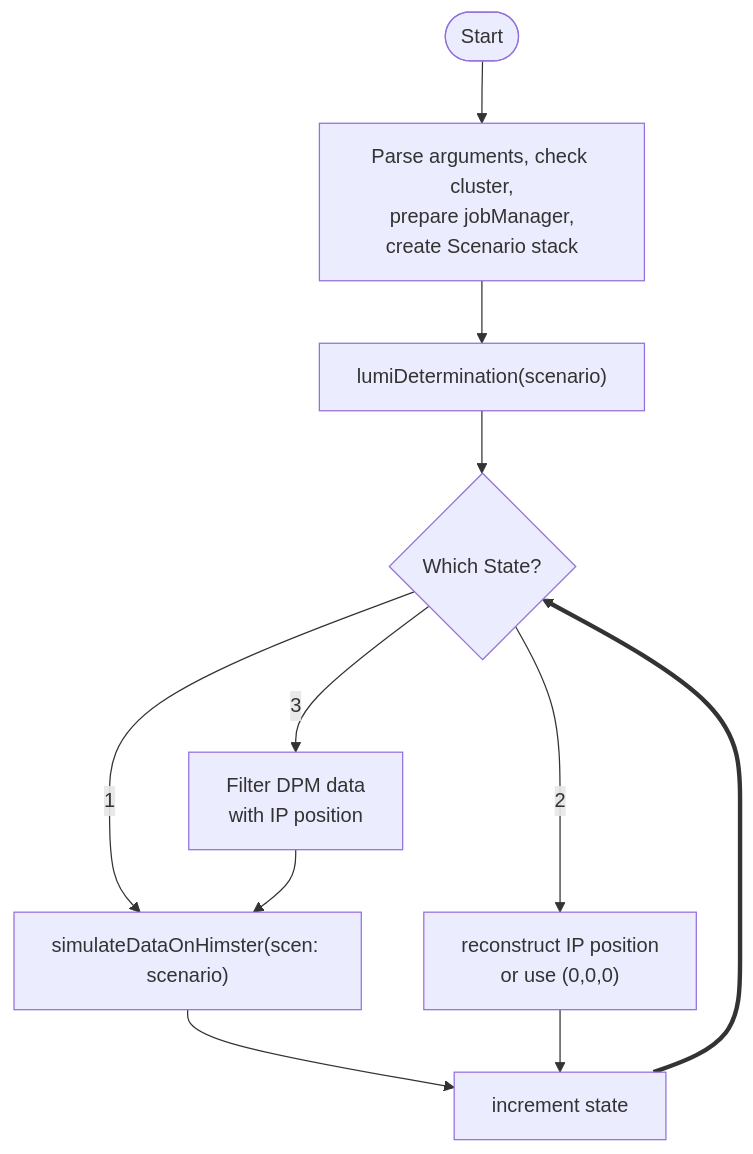
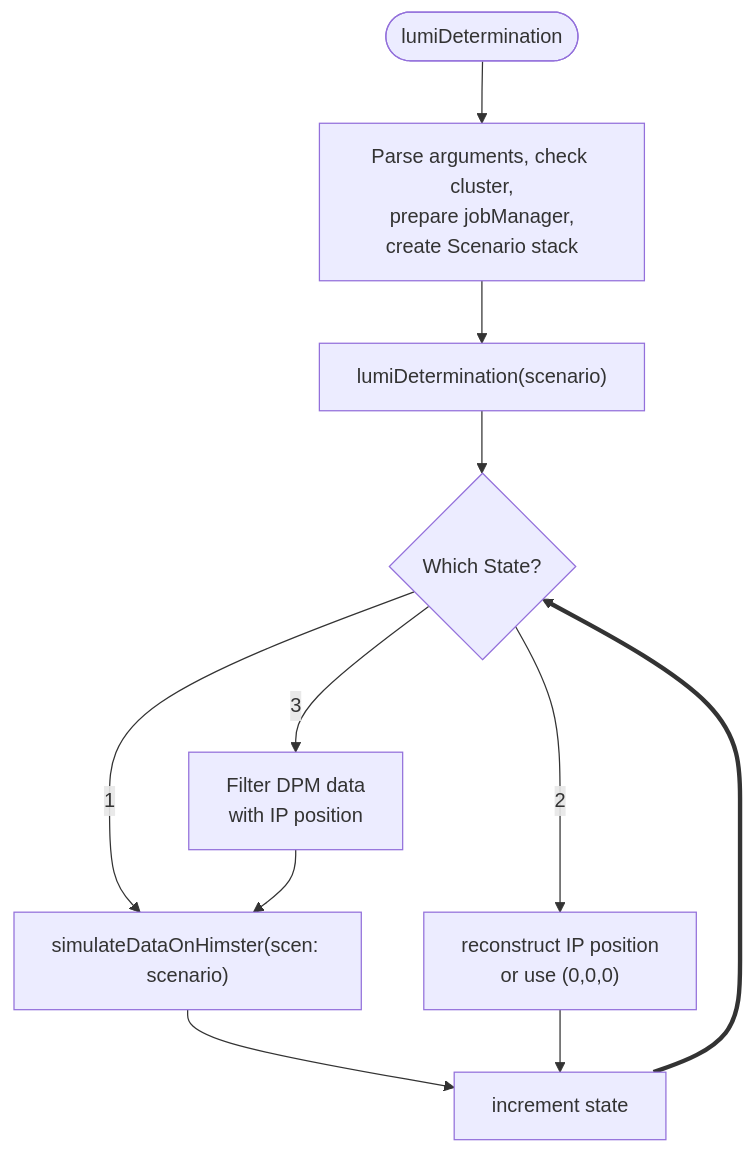
One commit to panda-luminosity-detector-group/LuminosityFit changed the sixth of 7 diagrams in README.md. Above: the diagram before and after it, drawn with Mermaid. The commit also changed other lines of this file, not shown here.

````diff
--- a/README.md
+++ b/README.md
@@ -233,13 +248,13 @@
 ```mermaid
 flowchart TD
-start([Start]) --> setup[Parse arguments, check cluster,\n prepare jobManager, create Scenario stack]
+start([lumiDetermination]) --> setup[Parse arguments, check cluster,\n prepare jobManager, create Scenario stack]
 setup --> callLumi["lumiDetermination(scenario)"]
 callLumi --> state{Which State?}
 state --1--> simOnHim["simulateDataOnHimster(scen: scenario)"]
 simOnHim --> incrementState[increment state]
 state --2--> recoIP["reconstruct IP position\nor use (0,0,0)"]
 recoIP --> incrementState
 incrementState ==> state
 state --3--> filterDPM["Filter DPM data\nwith IP position"]
 filterDPM --> simOnHim
 ```
````
